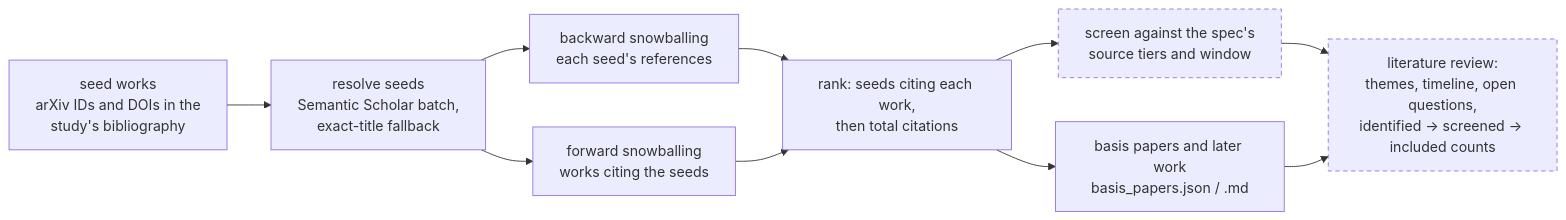
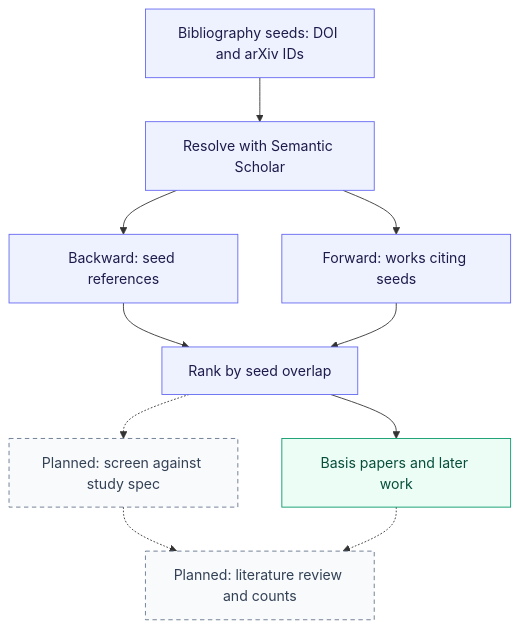
One commit to rjanseko/research-loop changed the ninth of 9 diagrams in README.md. Above: the diagram before and after it, drawn with Mermaid. The commit also changed other lines of this file, not shown here.

Commit message:
Rewrite the README around getting started, a run, and the architecture

````diff
--- a/README.md
+++ b/README.md
@@ -531,14 +514,21 @@
 ```mermaid
-flowchart LR
-    SEEDS["seed works<br/>arXiv IDs and DOIs in the<br/>study's bibliography"] --> RES["resolve seeds<br/>Semantic Scholar batch,<br/>exact-title fallback"]
-    RES --> BACK["backward snowballing<br/>each seed's references"]
-    RES --> FWD["forward snowballing<br/>works citing the seeds"]
-    BACK --> RANK["rank: seeds citing each work,<br/>then total citations"]
-    FWD --> RANK
-    RANK --> BASIS["basis papers and later work<br/>basis_papers.json / .md"]
-    RANK --> SCREEN["screen against the spec's<br/>source tiers and window"]
-    SCREEN --> REVIEW["literature review:<br/>themes, timeline, open questions,<br/>identified → screened → included counts"]
-    BASIS --> REVIEW
-    classDef planned stroke-dasharray: 5 4
-    class SCREEN,REVIEW planned
+flowchart TD
+    S["Bibliography seeds: DOI and arXiv IDs"] --> R["Resolve with Semantic Scholar"]
+    R --> B["Backward: seed references"]
+    R --> F["Forward: works citing seeds"]
+    B --> K["Rank by seed overlap"]
+    F --> K
+    K --> O["Basis papers and later work"]
+    K -.-> P["Planned: screen against study spec"]
+    P -.-> V["Planned: literature review and counts"]
+    O -.-> V
+
+    classDef action fill:#eef2ff,stroke:#6366f1,color:#1e1b4b
+    classDef evidence fill:#ecfdf5,stroke:#059669,color:#064e3b
+    classDef decision fill:#fffbeb,stroke:#d97706,color:#78350f
+    classDef terminal fill:#f1f5f9,stroke:#64748b,color:#0f172a
+    class S,R,B,F,K action
+    class O evidence
+    classDef planned fill:#f8fafc,stroke:#64748b,color:#334155,stroke-dasharray:5 4
+    class P,V planned
 ```
````
